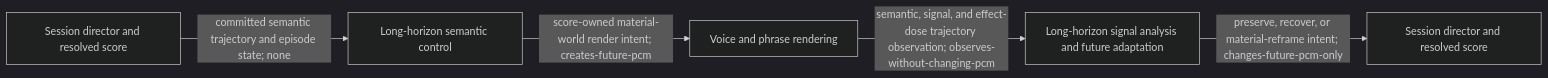
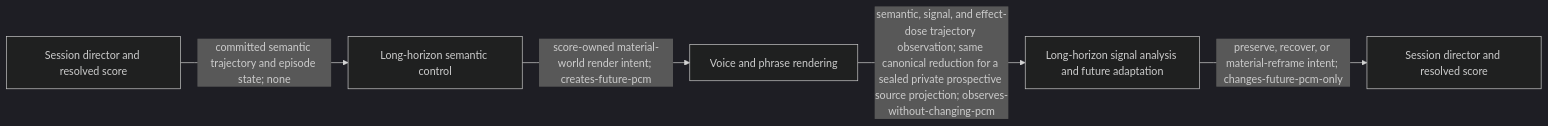
The seventh of 8 diagrams in docs/CODEBASE_MAP.md (randomactions/auto-techno), drawn with Mermaid (dark theme) before and after one commit. The commit also changed other lines of this file and 8 other files, not shown here.

Commit message:
Project private source through canonical long-horizon reduction

````diff
--- a/docs/CODEBASE_MAP.md
+++ b/docs/CODEBASE_MAP.md
@@ -181,12 +181,12 @@
 ```mermaid
 flowchart LR
   n_long_horizon_semantic_and_signal_adaptation0["Session director and resolved score"]
   n_long_horizon_semantic_and_signal_adaptation1["Long-horizon semantic control"]
   n_long_horizon_semantic_and_signal_adaptation2["Voice and phrase rendering"]
   n_long_horizon_semantic_and_signal_adaptation3["Long-horizon signal analysis and future adaptation"]
   n_long_horizon_semantic_and_signal_adaptation4["Session director and resolved score"]
   n_long_horizon_semantic_and_signal_adaptation0 -- "committed semantic trajectory and episode state; none" --> n_long_horizon_semantic_and_signal_adaptation1
   n_long_horizon_semantic_and_signal_adaptation1 -- "score-owned material-world render intent; creates-future-pcm" --> n_long_horizon_semantic_and_signal_adaptation2
-  n_long_horizon_semantic_and_signal_adaptation2 -- "semantic, signal, and effect-dose trajectory observation; observes-without-changing-pcm" --> n_long_horizon_semantic_and_signal_adaptation3
+  n_long_horizon_semantic_and_signal_adaptation2 -- "semantic, signal, and effect-dose trajectory observation; same canonical reduction for a sealed private prospective source projection; observes-without-changing-pcm" --> n_long_horizon_semantic_and_signal_adaptation3
   n_long_horizon_semantic_and_signal_adaptation3 -- "preserve, recover, or material-reframe intent; changes-future-pcm-only" --> n_long_horizon_semantic_and_signal_adaptation4
 ```
````
